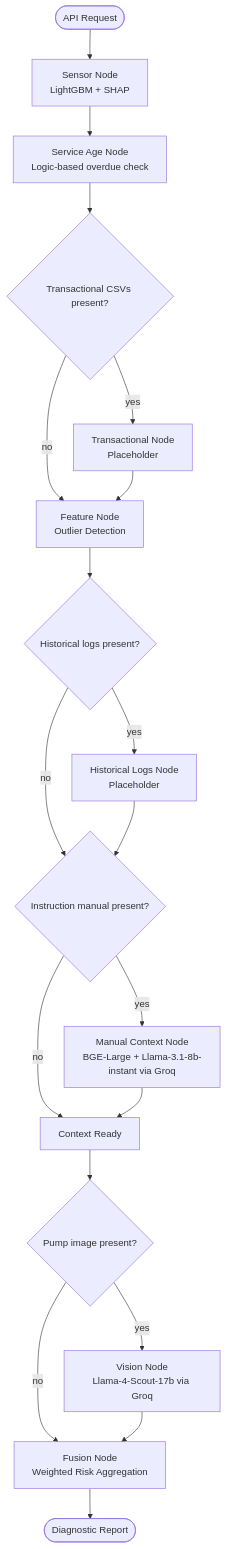
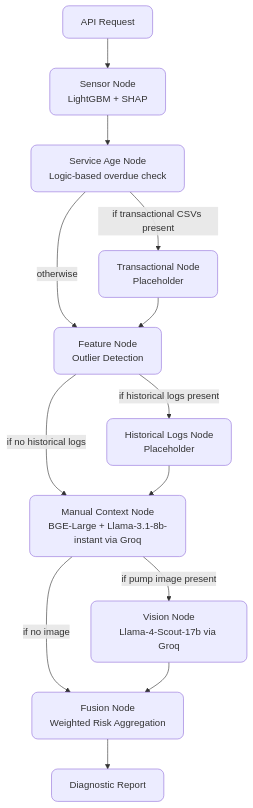
Before and after one commit to Murthypsty0419/Multi-Modal-Predictive-Maintenance-Agent: the diagram in README.md, drawn with Mermaid.

Commit message:
Update flowchart syntax in README.md

````diff
--- a/README.md
+++ b/README.md
@@ -23,23 +23,20 @@
 ```mermaid
 flowchart TD
-    A([API Request]) --> SN["Sensor Node<br/>LightGBM + SHAP"]
+    A["API Request"] --> SN["Sensor Node<br/>LightGBM + SHAP"]
     SN --> SAN["Service Age Node<br/>Logic-based overdue check"]
-    SAN --> TQ{"Transactional CSVs present?"}
-    TQ -->|"yes"| TN["Transactional Node<br/>Placeholder"]
-    TQ -->|"no"| FN["Feature Node<br/>Outlier Detection"]
+    SAN -->|"if transactional CSVs present"| TN["Transactional Node<br/>Placeholder"]
+    SAN -->|"otherwise"| FN["Feature Node<br/>Outlier Detection"]
     TN --> FN
 
-    FN --> HQ{"Historical logs present?"}
-    HQ -->|"yes"| HLN["Historical Logs Node<br/>Placeholder"]
-    HQ -->|"no"| MQ
-    HLN --> MQ{"Instruction manual present?"}
-    MQ -->|"yes"| MCN["Manual Context Node<br/>BGE-Large + Llama-3.1-8b-instant via Groq"]
-    MQ -->|"no"| READY["Context Ready"]
-    MCN --> READY
+    FN -->|"if historical logs present"| HLN["Historical Logs Node<br/>Placeholder"]
+    FN -->|"if no historical logs"| MCN["Manual Context Node<br/>BGE-Large + Llama-3.1-8b-instant via Groq"]
+    HLN --> MCN
 
-    READY --> IQ{"Pump image present?"}
-    IQ -->|"yes"| VN["Vision Node<br/>Llama-4-Scout-17b via Groq"]
-    IQ -->|"no"| FUSE["Fusion Node<br/>Weighted Risk Aggregation"]
+    MCN -->|"if pump image present"| VN["Vision Node<br/>Llama-4-Scout-17b via Groq"]
+    MCN -->|"if no image"| FUSE["Fusion Node<br/>Weighted Risk Aggregation"]
     VN --> FUSE
-    FUSE --> R([Diagnostic Report])
+    FUSE --> R["Diagnostic Report"]
+
+    classDef rounded rx:10,ry:10;
+    class A,SN,SAN,TN,FN,HLN,MCN,VN,FUSE,R rounded;
 ```
````
